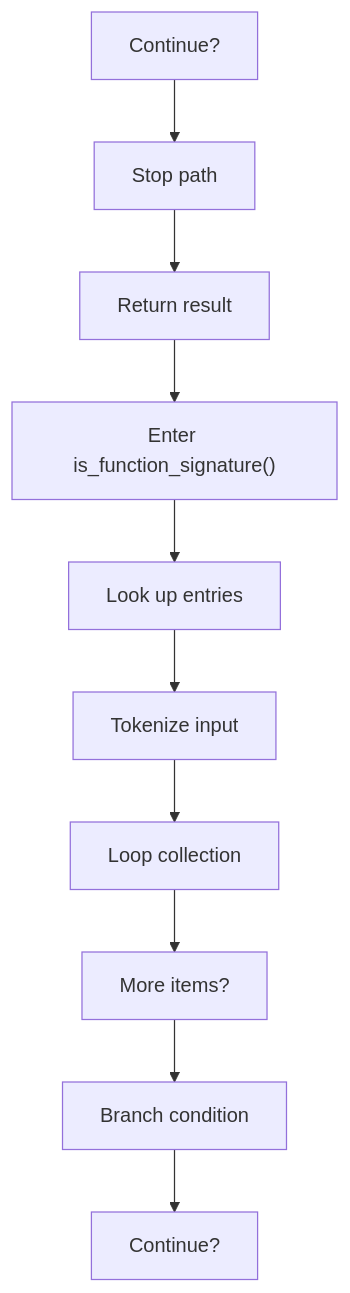
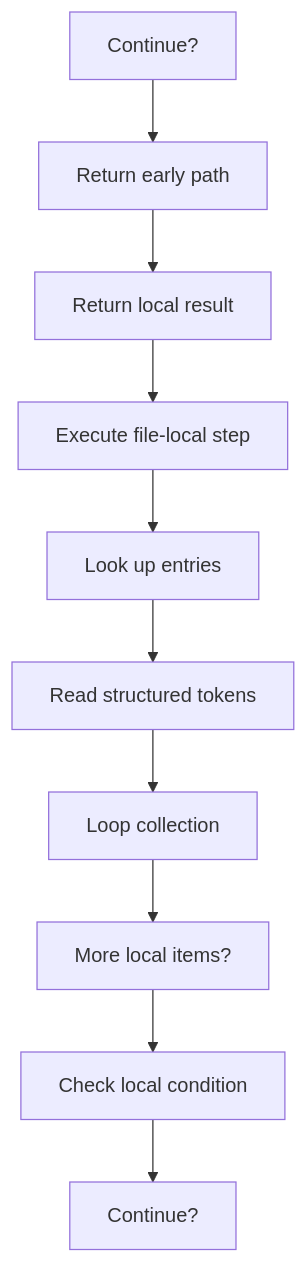
One commit to JohnAndrewBalbarosa/NeoTerritory changed the third of 5 diagrams in docs/Codebase/Microservice/Modules/Source/Trees/ClassGeneration/Actual/Internal/Statement/Flow/statement_program_flow.cpp.md. Above: the diagram before and after it, drawn with Mermaid. The commit also changed other lines of this file and 915 other files, not shown here.

````diff
--- a/docs/Codebase/Microservice/Modules/Source/Trees/ClassGeneration/Actual/Internal/Statement/Flow/statement_program_flow.cpp.md
+++ b/docs/Codebase/Microservice/Modules/Source/Trees/ClassGeneration/Actual/Internal/Statement/Flow/statement_program_flow.cpp.md
@@ -67,22 +67,22 @@
 ```mermaid
 flowchart TD
     N0["Continue?"]
-    N1["Stop path"]
-    N2["Return result"]
-    N3["Enter is_function_signature()"]
+    N1["Return early path"]
+    N2["Return local result"]
+    N3["Execute file-local step"]
     N4["Look up entries"]
-    N5["Tokenize input"]
+    N5["Read structured tokens"]
     N6["Loop collection"]
-    N7["More items?"]
-    N8["Branch condition"]
+    N7["More local items?"]
+    N8["Check local condition"]
     N9["Continue?"]
     N0 --> N1
     N1 --> N2
     N2 --> N3
     N3 --> N4
     N4 --> N5
     N5 --> N6
     N6 --> N7
     N7 --> N8
     N8 --> N9
 ```
````
